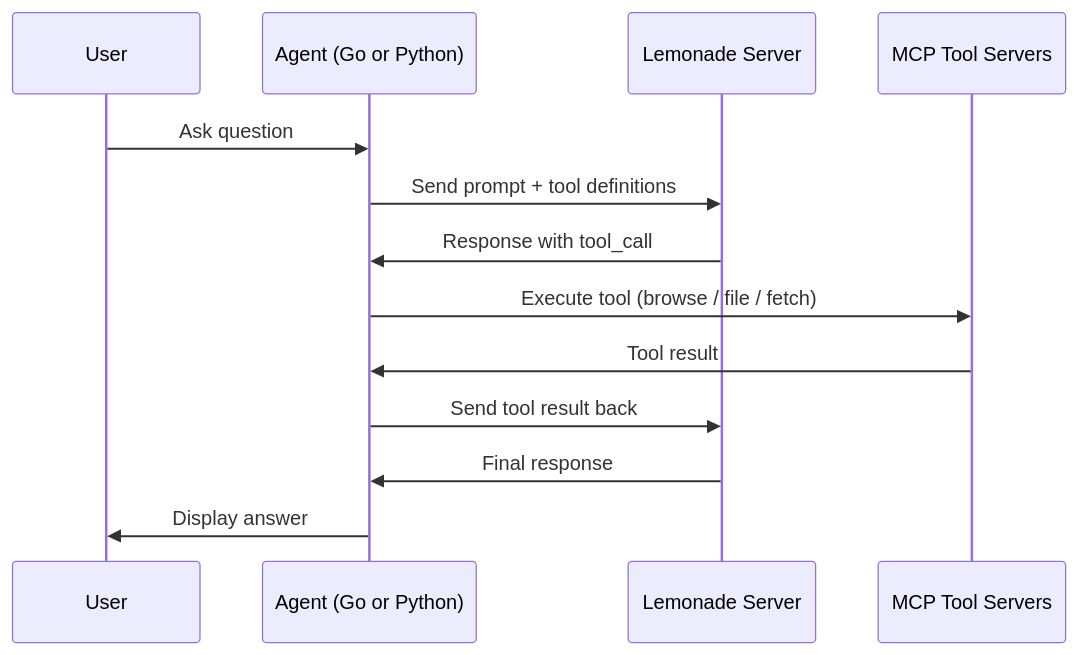
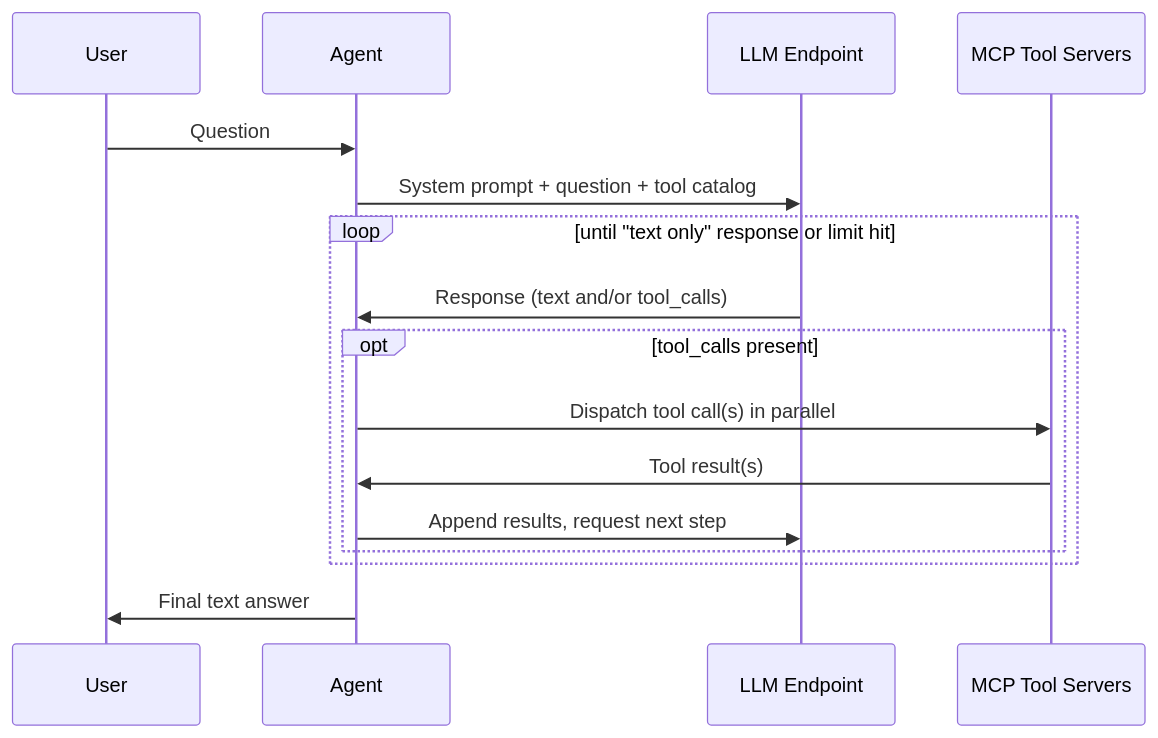
Before and after one commit to smarttechlabs-projects/go-agent: the second of 4 diagrams in README.md, drawn with Mermaid. The commit also changed other lines of this file and 70 other files, not shown here.

````diff
--- a/README.md
+++ b/README.md
@@ -142,16 +90,19 @@
 ```mermaid
 sequenceDiagram
     participant U as User
-    participant A as Agent (Go or Python)
-    participant L as Lemonade Server
+    participant A as Agent
+    participant L as LLM Endpoint
     participant T as MCP Tool Servers
 
-    U->>A: Ask question
-    A->>L: Send prompt + tool definitions
-    L->>A: Response with tool_call
-    A->>T: Execute tool (browse / file / fetch)
-    T->>A: Tool result
-    A->>L: Send tool result back
-    L->>A: Final response
-    A->>U: Display answer
+    U->>A: Question
+    A->>L: System prompt + question + tool catalog
+    loop until "text only" response or limit hit
+        L->>A: Response (text and/or tool_calls)
+        opt tool_calls present
+            A->>T: Dispatch tool call(s) in parallel
+            T->>A: Tool result(s)
+            A->>L: Append results, request next step
+        end
+    end
+    A->>U: Final text answer
 ```
````
